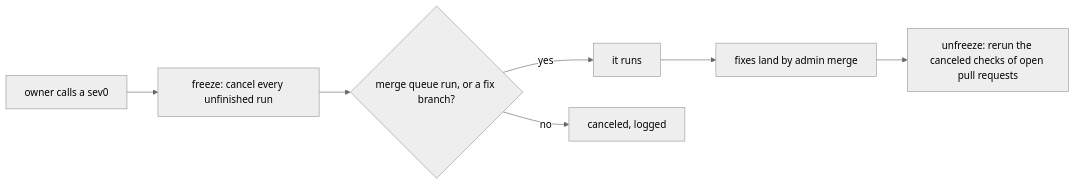
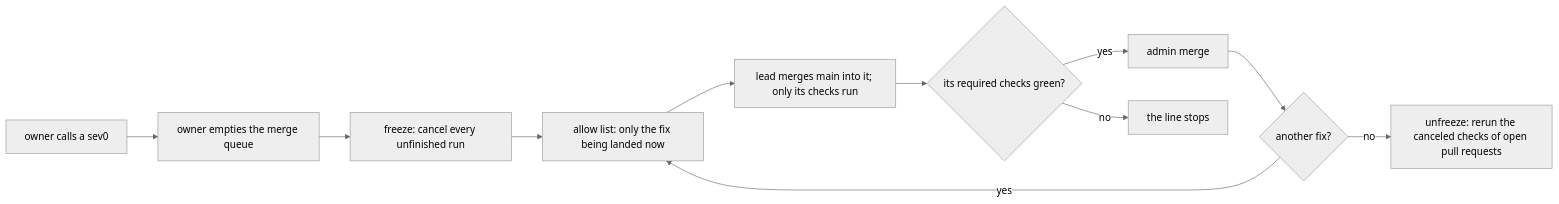
One commit to kamp-us/tea-fabrika changed the diagram in .decisions/0532-a-sev0-freezes-ci.md. Above: the diagram before and after it, drawn with Mermaid (neutral theme). The commit also changed other lines of this file, not shown here.

Commit message:
T992 lead: decision 0532 records the newer rule: the queue is emptied, and the fixes land one at a time

````diff
--- a/.decisions/0532-a-sev0-freezes-ci.md
+++ b/.decisions/0532-a-sev0-freezes-ci.md
@@ -14,9 +14,13 @@
 ```mermaid
 flowchart LR
-  owner["owner calls a sev0"] --> freeze["freeze: cancel every unfinished run"]
-  freeze --> keep{"merge queue run, or a fix branch?"}
-  keep -->|"yes"| runs["it runs"]
-  keep -->|"no"| canceled["canceled, logged"]
-  runs --> fixes["fixes land by admin merge"]
-  fixes --> unfreeze["unfreeze: rerun the canceled checks of open pull requests"]
+  owner["owner calls a sev0"] --> empty["owner empties the merge queue"]
+  empty --> freeze["freeze: cancel every unfinished run"]
+  freeze --> next["allow list: only the fix being landed now"]
+  next --> sync["lead merges main into it; only its checks run"]
+  sync --> green{"its required checks green?"}
+  green -->|"yes"| admin["admin merge"]
+  admin --> more{"another fix?"}
+  more -->|"yes"| next
+  more -->|"no"| unfreeze["unfreeze: rerun the canceled checks of open pull requests"]
+  green -->|"no"| stop["the line stops"]
 ```
````
